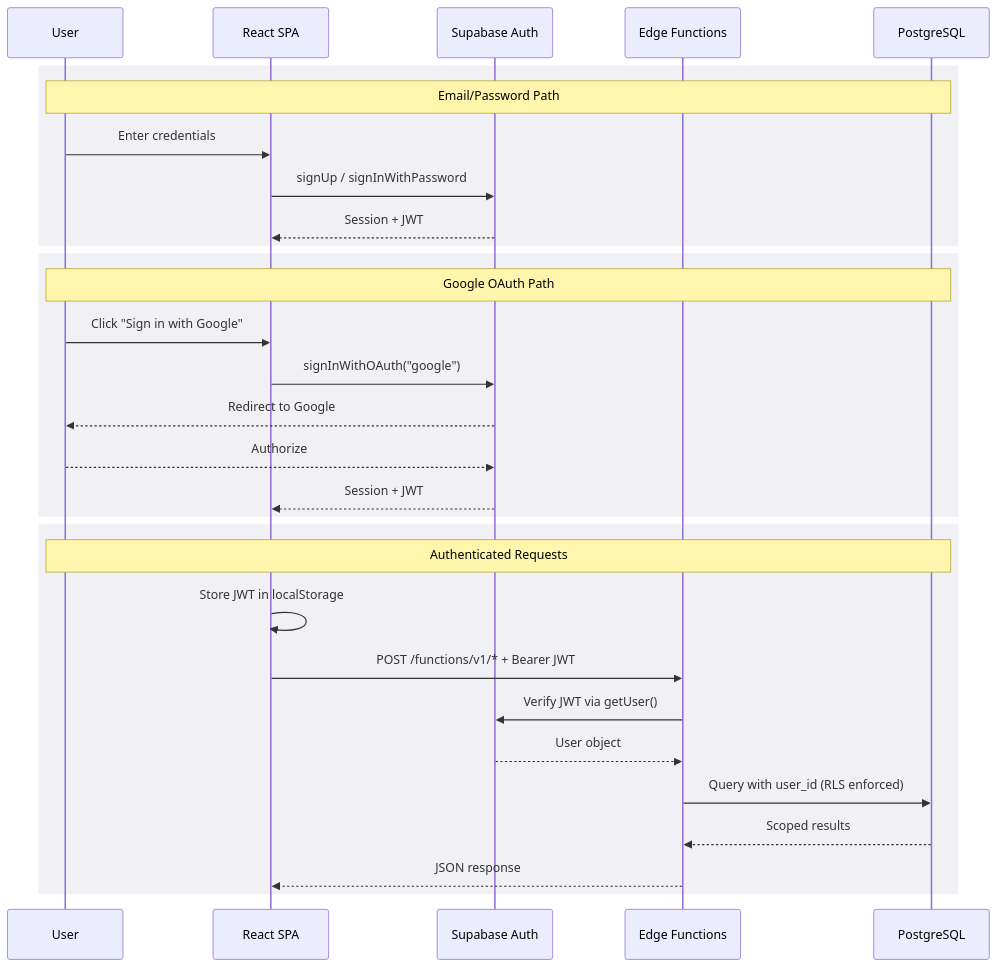
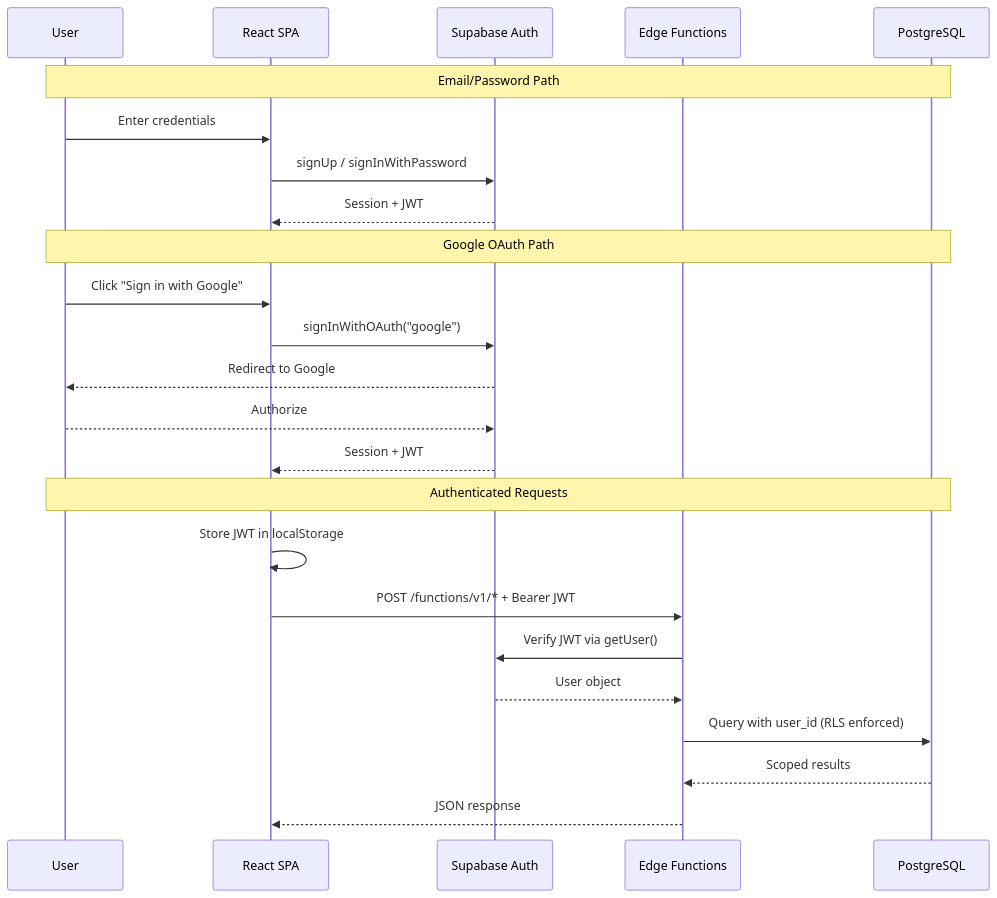
One commit to Adamya-Varshney/Xcurson-AI-Travel-Planner changed the sixth of 9 diagrams in README.md. Above: the diagram before and after it, drawn with Mermaid.

Commit message:
Fix auth flow diagram visibility in dark mode
Remove rect rgb(240, 240, 245) backgrounds from the auth sequence
diagram that made text near-invisible on GitHub's dark theme.

Claude-Session: https://claude.ai/code/session_01T5fNpAcx6GbEUtpRYxfUGc

````diff
--- a/README.md
+++ b/README.md
@@ -521,35 +521,29 @@
 ```mermaid
 sequenceDiagram
     participant U as User
     participant SPA as React SPA
     participant SA as Supabase Auth
     participant EF as Edge Functions
     participant DB as PostgreSQL
 
-    rect rgb(240, 240, 245)
     Note over U,DB: Email/Password Path
     U->>SPA: Enter credentials
     SPA->>SA: signUp / signInWithPassword
     SA-->>SPA: Session + JWT
-    end
 
-    rect rgb(240, 240, 245)
     Note over U,DB: Google OAuth Path
     U->>SPA: Click "Sign in with Google"
     SPA->>SA: signInWithOAuth("google")
     SA-->>U: Redirect to Google
     U-->>SA: Authorize
     SA-->>SPA: Session + JWT
-    end
 
-    rect rgb(240, 240, 245)
     Note over U,DB: Authenticated Requests
     SPA->>SPA: Store JWT in localStorage
     SPA->>EF: POST /functions/v1/* + Bearer JWT
     EF->>SA: Verify JWT via getUser()
     SA-->>EF: User object
     EF->>DB: Query with user_id (RLS enforced)
     DB-->>EF: Scoped results
     EF-->>SPA: JSON response
-    end
 ```
````
